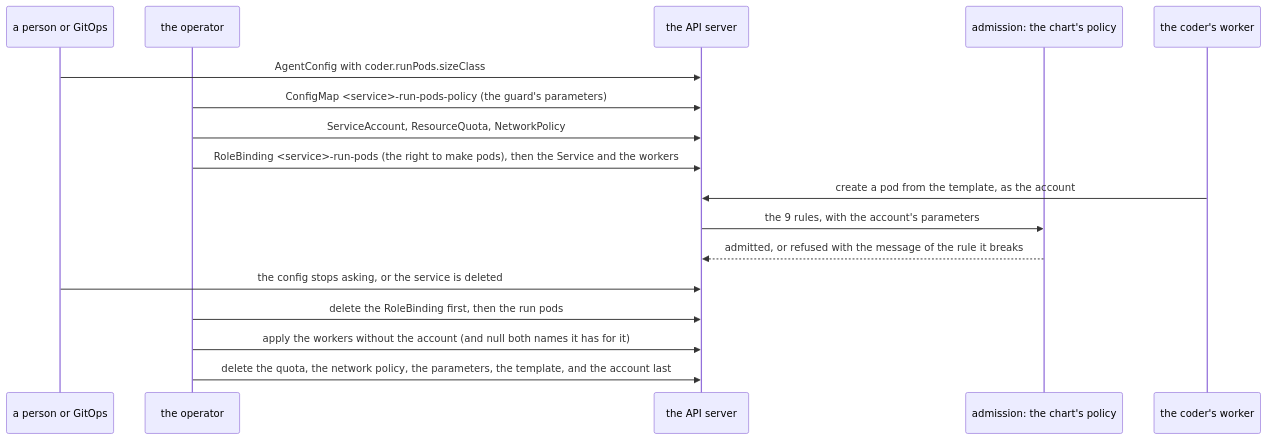
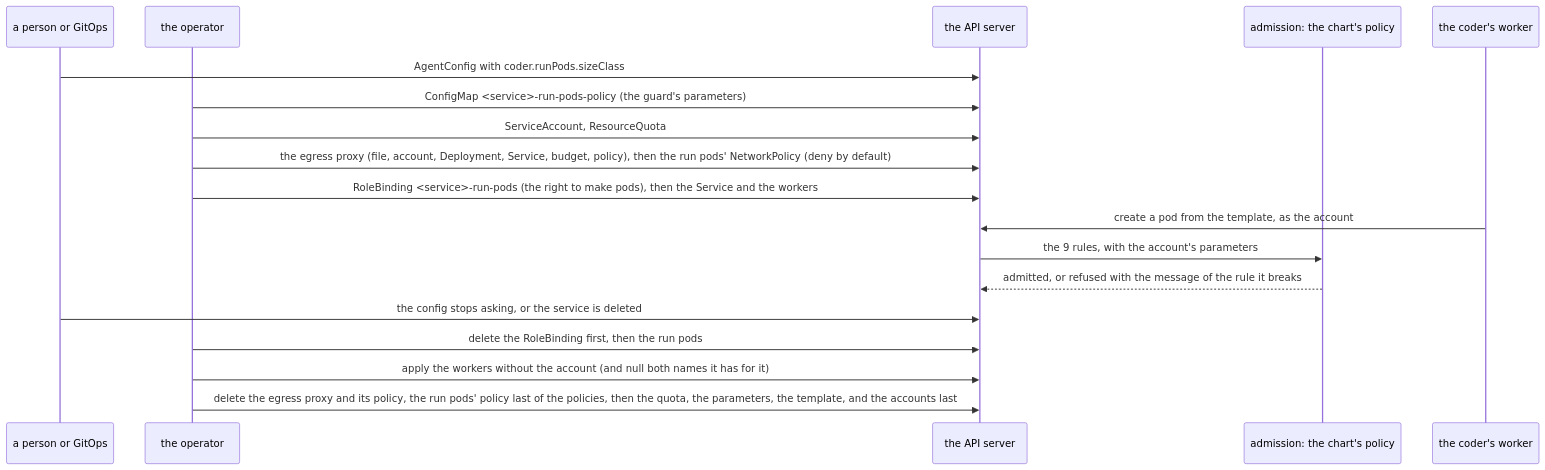
Before and after one commit to vymalo/another-agentic-platform: the second of 4 diagrams in deploy/operator/README.md, drawn with Mermaid. The commit also changed other lines of this file and 53 other files, not shown here.

First line of the commit message:
feat(operator): the egress proxy of run pods, and their network deny by default (D15c) (#42)

````diff
--- a/deploy/operator/README.md
+++ b/deploy/operator/README.md
@@ -125,19 +125,20 @@
 ```mermaid
 sequenceDiagram
   participant P as a person or GitOps
   participant O as the operator
   participant K as the API server
   participant G as admission: the chart's policy
   participant W as the coder's worker
   P->>K: AgentConfig with coder.runPods.sizeClass
   O->>K: ConfigMap <service>-run-pods-policy (the guard's parameters)
-  O->>K: ServiceAccount, ResourceQuota, NetworkPolicy
+  O->>K: ServiceAccount, ResourceQuota
+  O->>K: the egress proxy (file, account, Deployment, Service, budget, policy), then the run pods' NetworkPolicy (deny by default)
   O->>K: RoleBinding <service>-run-pods (the right to make pods), then the Service and the workers
   W->>K: create a pod from the template, as the account
   K->>G: the 9 rules, with the account's parameters
   G-->>K: admitted, or refused with the message of the rule it breaks
   P->>K: the config stops asking, or the service is deleted
   O->>K: delete the RoleBinding first, then the run pods
   O->>K: apply the workers without the account (and null both names it has for it)
-  O->>K: delete the quota, the network policy, the parameters, the template, and the account last
+  O->>K: delete the egress proxy and its policy, the run pods' policy last of the policies, then the quota, the parameters, the template, and the accounts last
 ```
````
